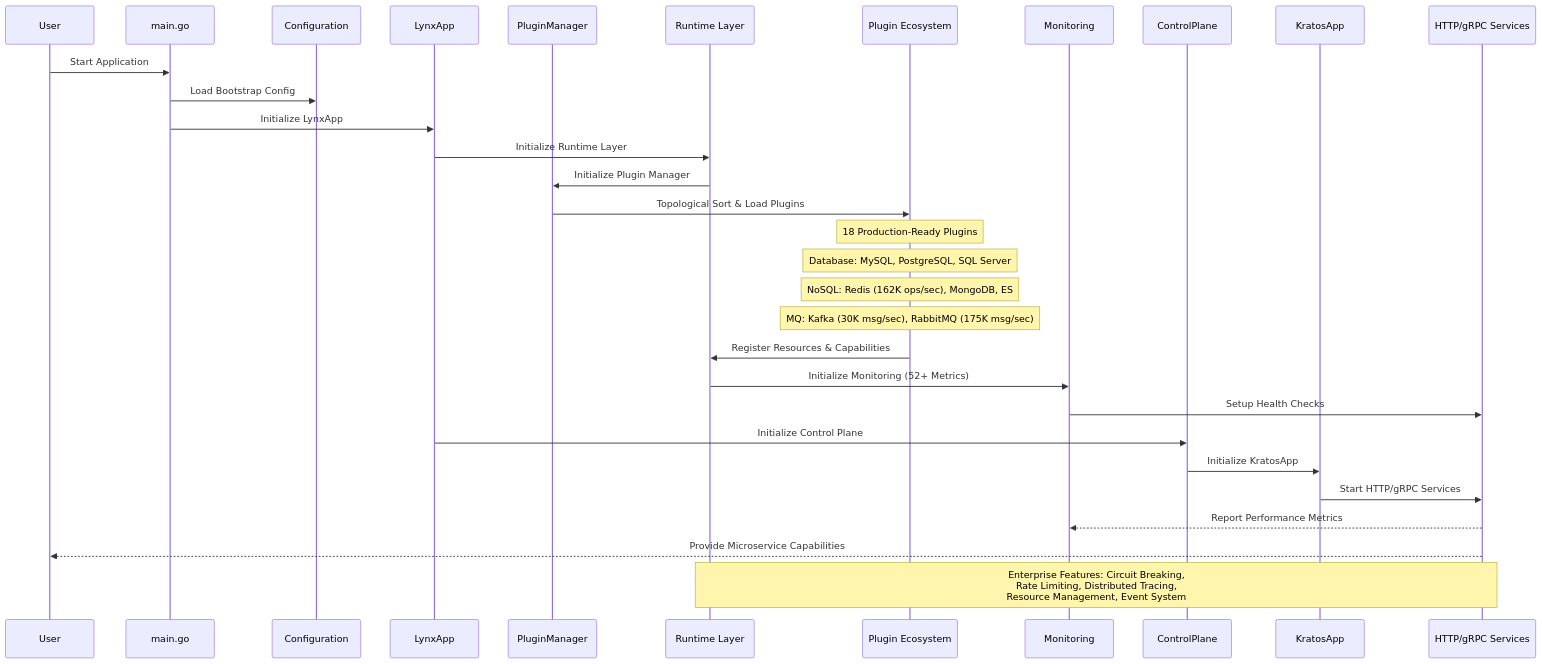
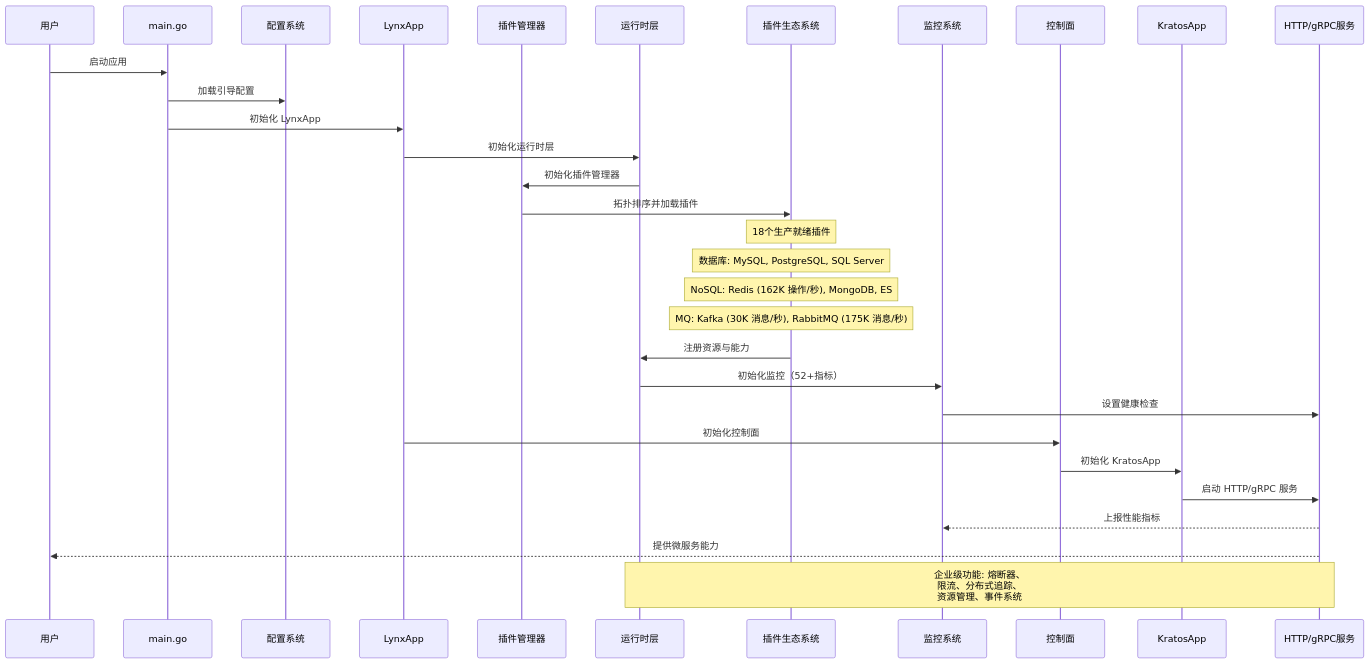
One commit to go-lynx/lynx.github.cn changed the second of 2 diagrams in docs/intro/04-arch.md. Above: the diagram before and after it, drawn with Mermaid. The commit also changed other lines of this file and 58 other files, not shown here.

First line of the commit message:
feat(docs): update configuration and documentation for plugins

````diff
--- a/docs/intro/04-arch.md
+++ b/docs/intro/04-arch.md
@@ -73,39 +73,39 @@
 ```mermaid
 sequenceDiagram
-    participant User as User
+    participant User as 用户
     participant Main as main.go
-    participant Config as Configuration
+    participant Config as 配置系统
     participant LynxApp as LynxApp
-    participant PluginMgr as PluginManager
-    participant Runtime as Runtime Layer
-    participant Plugins as Plugin Ecosystem
-    participant Monitor as Monitoring
-    participant Control as ControlPlane
+    participant PluginMgr as 插件管理器
+    participant Runtime as 运行时层
+    participant Plugins as 插件生态系统
+    participant Monitor as 监控系统
+    participant Control as 控制面
     participant Kratos as KratosApp
-    participant Service as HTTP/gRPC Services
+    participant Service as HTTP/gRPC服务
 
-    User->>Main: Start Application
-    Main->>Config: Load Bootstrap Config
-    Main->>LynxApp: Initialize LynxApp
-    LynxApp->>Runtime: Initialize Runtime Layer
-    Runtime->>PluginMgr: Initialize Plugin Manager
-    PluginMgr->>Plugins: Topological Sort & Load Plugins
+    User->>Main: 启动应用
+    Main->>Config: 加载引导配置
+    Main->>LynxApp: 初始化 LynxApp
+    LynxApp->>Runtime: 初始化运行时层
+    Runtime->>PluginMgr: 初始化插件管理器
+    PluginMgr->>Plugins: 拓扑排序并加载插件
     
-    Note over Plugins: 18 Production-Ready Plugins
-    Note over Plugins: Database: MySQL, PostgreSQL, SQL Server
-    Note over Plugins: NoSQL: Redis (162K ops/sec), MongoDB, ES
-    Note over Plugins: MQ: Kafka (30K msg/sec), RabbitMQ (175K msg/sec)
+    Note over Plugins: 18个生产就绪插件
+    Note over Plugins: 数据库: MySQL, PostgreSQL, SQL Server
+    Note over Plugins: NoSQL: Redis (162K 操作/秒), MongoDB, ES
+    Note over Plugins: MQ: Kafka (30K 消息/秒), RabbitMQ (175K 消息/秒)
     
-    Plugins->>Runtime: Register Resources & Capabilities
-    Runtime->>Monitor: Initialize Monitoring (52+ Metrics)
-    Monitor->>Service: Setup Health Checks
+    Plugins->>Runtime: 注册资源与能力
+    Runtime->>Monitor: 初始化监控（52+指标）
+    Monitor->>Service: 设置健康检查
     
-    LynxApp->>Control: Initialize Control Plane
-    Control->>Kratos: Initialize KratosApp
-    Kratos->>Service: Start HTTP/gRPC Services
+    LynxApp->>Control: 初始化控制面
+    Control->>Kratos: 初始化 KratosApp
+    Kratos->>Service: 启动 HTTP/gRPC 服务
     
-    Service-->>Monitor: Report Performance Metrics
-    Service-->>User: Provide Microservice Capabilities
+    Service-->>Monitor: 上报性能指标
+    Service-->>User: 提供微服务能力
     
-    Note over Runtime,Service: Enterprise Features: Circuit Breaking,<br/>Rate Limiting, Distributed Tracing,<br/>Resource Management, Event System
+    Note over Runtime,Service: 企业级功能: 熔断器、<br/>限流、分布式追踪、<br/>资源管理、事件系统
 ```
````
